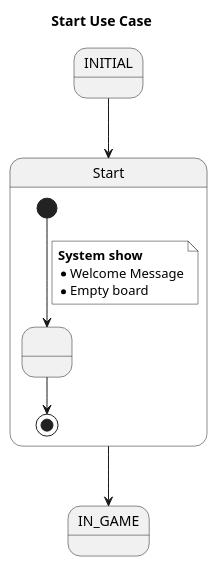
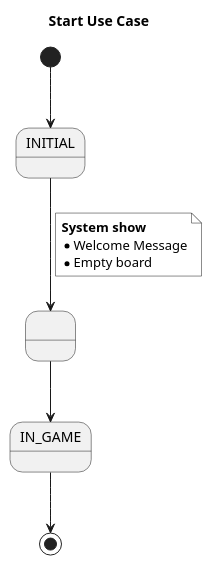
One commit to hugohg34/conecta4 changed the diagram in doc/src/casos_uso/start.puml. Above: the diagram before and after it, drawn with PlantUML. The commit also changed 1 other file, not shown here.

Commit message:
fixed start use case

```diff
--- a/doc/src/casos_uso/start.puml
+++ b/doc/src/casos_uso/start.puml
@@ -1,22 +1,17 @@
 @startuml
 title "Start Use Case"
 
 state INITIAL
-state Start
+state " " as one
 
-INITIAL --> Start
-
-state Start {
-	state " " as one
-	[*] --> one
-	note on link #white
-	<b>System show</b>
-	* Welcome Message
-	* Empty board
-	end note
-	one --> [*]
-}
-
-Start --> IN_GAME
+[*] --> INITIAL
+INITIAL --> one
+note on link #white
+<b>System show</b>
+* Welcome Message
+* Empty board
+end note
+one --> IN_GAME
+IN_GAME --> [*]
 
 @enduml
```
